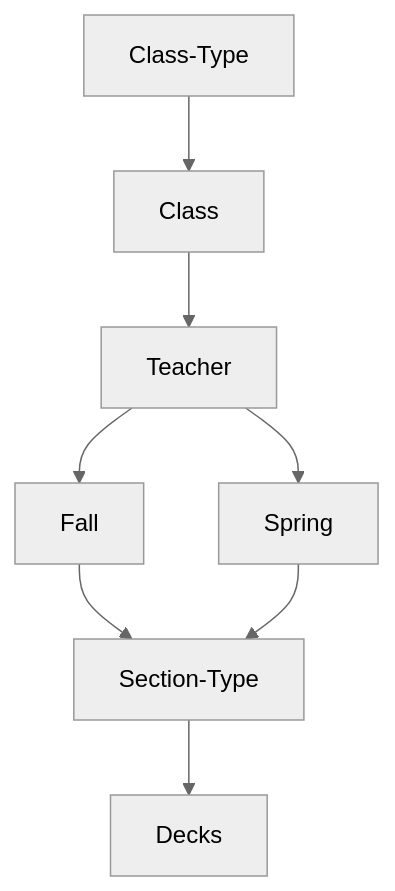
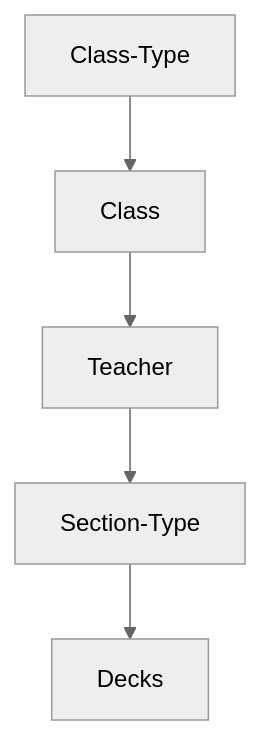
The diagram in README.md (Drew-Anki-Decks/decks), drawn with Mermaid (neutral theme) before and after one commit. The commit also changed 3 other files, not shown here.

````diff
--- a/README.md
+++ b/README.md
@@ -8,10 +8,7 @@
 ```mermaid
 graph TD;
     Class-Type-->Class;
     Class-->Teacher;
-    Teacher-->Fall;
-    Teacher-->Spring;
-    Fall-->Section-Type;
-    Spring-->Section-Type;
+    Teacher-->Section-Type;
     Section-Type-->Decks;
 ```
````
